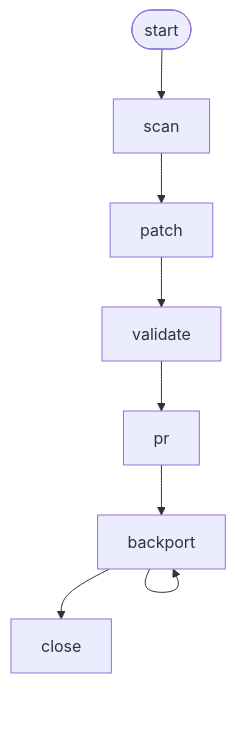
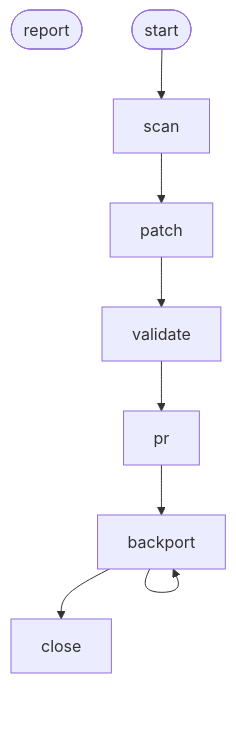
Before and after one commit to flightctl/ai-workflows: the diagram in cve-fix/README.md, drawn with Mermaid.

Commit message:
Show report as a disconnected node in the cve-fix phase diagram
The prose and phase table both call out /report as standalone, but
the Mermaid diagram omitted it entirely. Add it as a disconnected
node so the standalone nature is visible at a glance.

````diff
--- a/cve-fix/README.md
+++ b/cve-fix/README.md
@@ -13,10 +13,11 @@
 ```mermaid
 graph TD
+    report([report])
     start([start]) --> scan
     scan --> patch
     patch --> validate
     validate --> pr
     pr --> backport
     backport --> close
     backport --> backport
 ```
````
